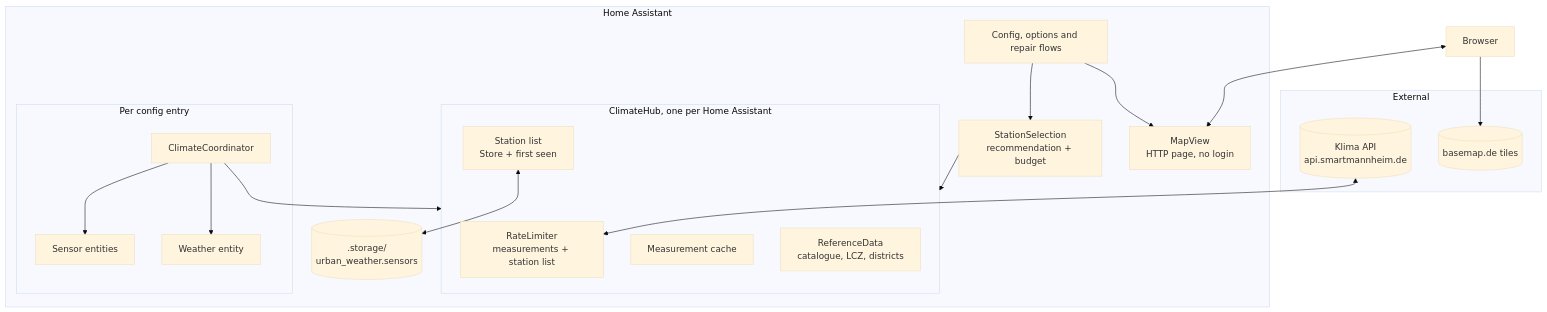
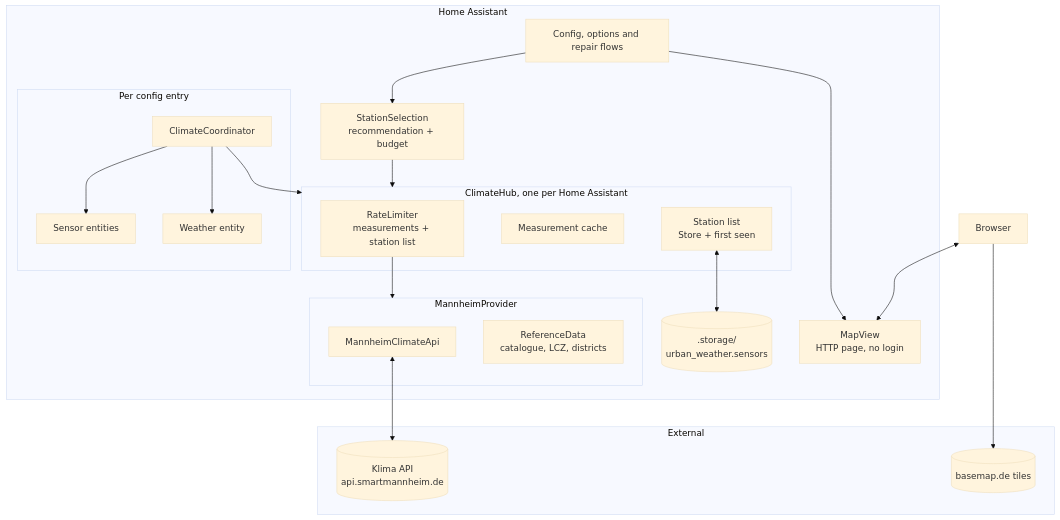
One commit to CodeBrauer/ha-urban-weather changed the first of 3 diagrams in docs/en/developer/architecture.md. Above: the diagram before and after it, drawn with Mermaid (base theme). The commit also changed other lines of this file and 10 other files, not shown here.

First line of the commit message:
docs: describe the provider architecture

````diff
--- a/docs/en/developer/architecture.md
+++ b/docs/en/developer/architecture.md
@@ -9,34 +9,38 @@
 ```mermaid
 flowchart TB
     subgraph External
         API[(Klima API<br>api.smartmannheim.de)]
         Tiles[(basemap.de tiles)]
     end
     subgraph HA[Home Assistant]
         subgraph HubBox[ClimateHub, one per Home Assistant]
             Limiter[RateLimiter<br>measurements + station list]
             Cache[Measurement cache]
             List[Station list<br>Store + first seen]
+        end
+        subgraph ProviderBox[MannheimProvider]
+            Client[MannheimClimateApi]
             Ref[ReferenceData<br>catalogue, LCZ, districts]
         end
         Store[(.storage/<br>urban_weather.sensors)]
         subgraph Entry[Per config entry]
             Coord[ClimateCoordinator]
             Sensors[Sensor entities]
             Weather[Weather entity]
         end
         Flows[Config, options and repair flows]
         Selection[StationSelection<br>recommendation + budget]
         MapView[MapView<br>HTTP page, no login]
     end
     Browser[Browser]
-    API <--> Limiter
+    Limiter --> ProviderBox
+    Client <--> API
     List <--> Store
     Coord --> HubBox
     Coord --> Sensors
     Coord --> Weather
     Flows --> Selection --> HubBox
     Flows --> MapView
     Browser <--> MapView
     Browser --> Tiles
 ```
````
